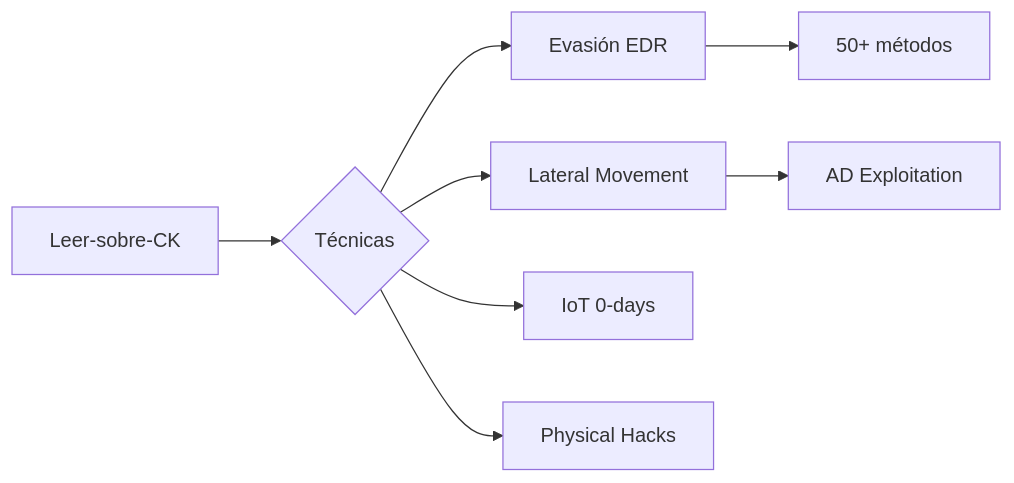
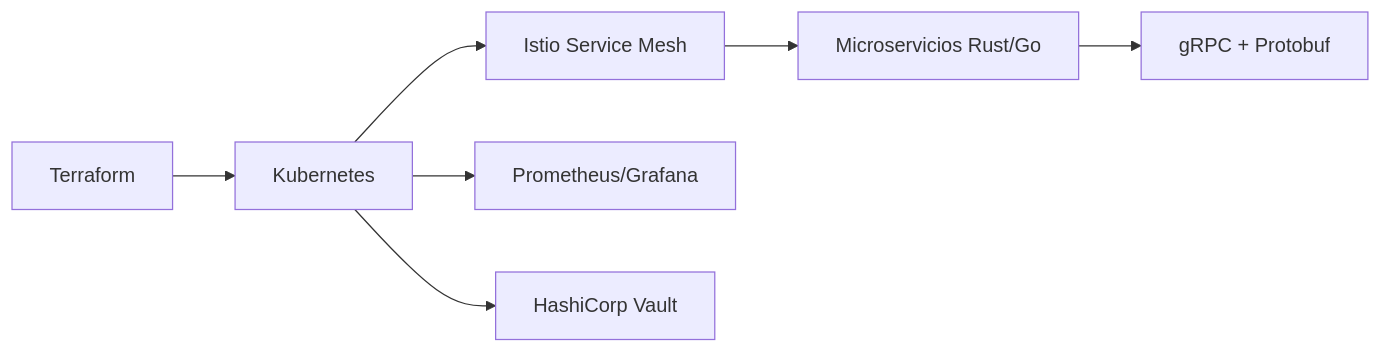
The diagram in README.md (KevinDevSecOps/KevinDevSecOps), drawn with Mermaid before and after one commit. The commit also changed other lines of this file, not shown here.

````diff
--- a/README.md
+++ b/README.md
@@ -239,10 +133,9 @@
 ```mermaid
-flowchart LR
-    A[Leer-sobre-CK] --> B{Técnicas}
-    B --> C[Evasión EDR]
-    B --> D[Lateral Movement]
-    B --> E[IoT 0-days]
-    B --> F[Physical Hacks]
-    C --> G[50+ métodos]
-    D --> H[AD Exploitation]
+graph LR
+    A[Terraform] --> B[Kubernetes]
+    B --> C[Istio Service Mesh]
+    C --> D[Microservicios Rust/Go]
+    D --> E[gRPC + Protobuf]
+    B --> F[Prometheus/Grafana]
+    B --> G[HashiCorp Vault]
 ```
````
